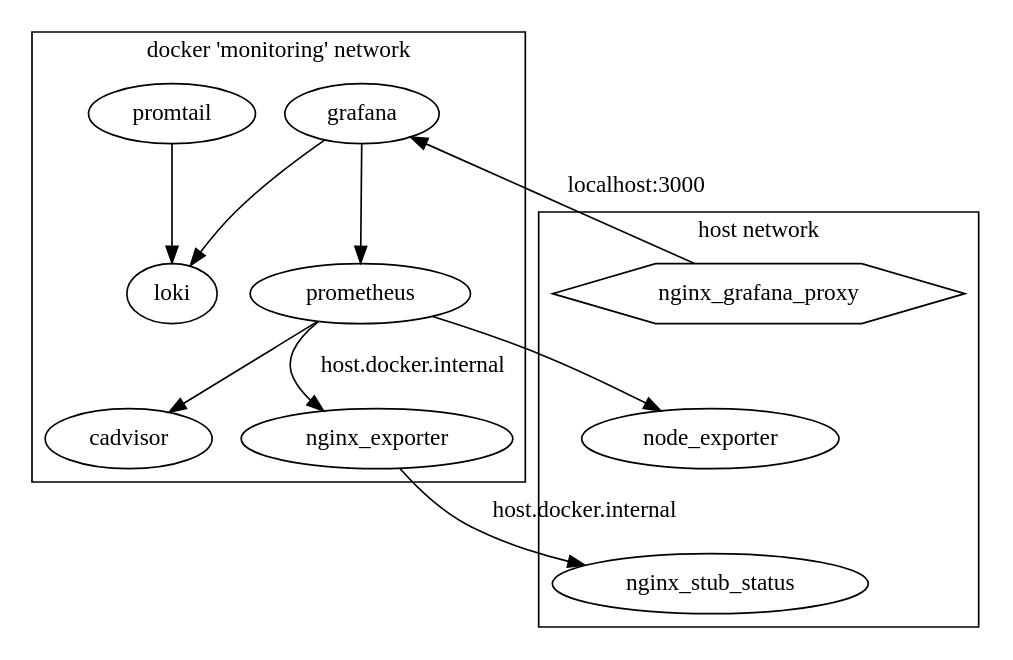
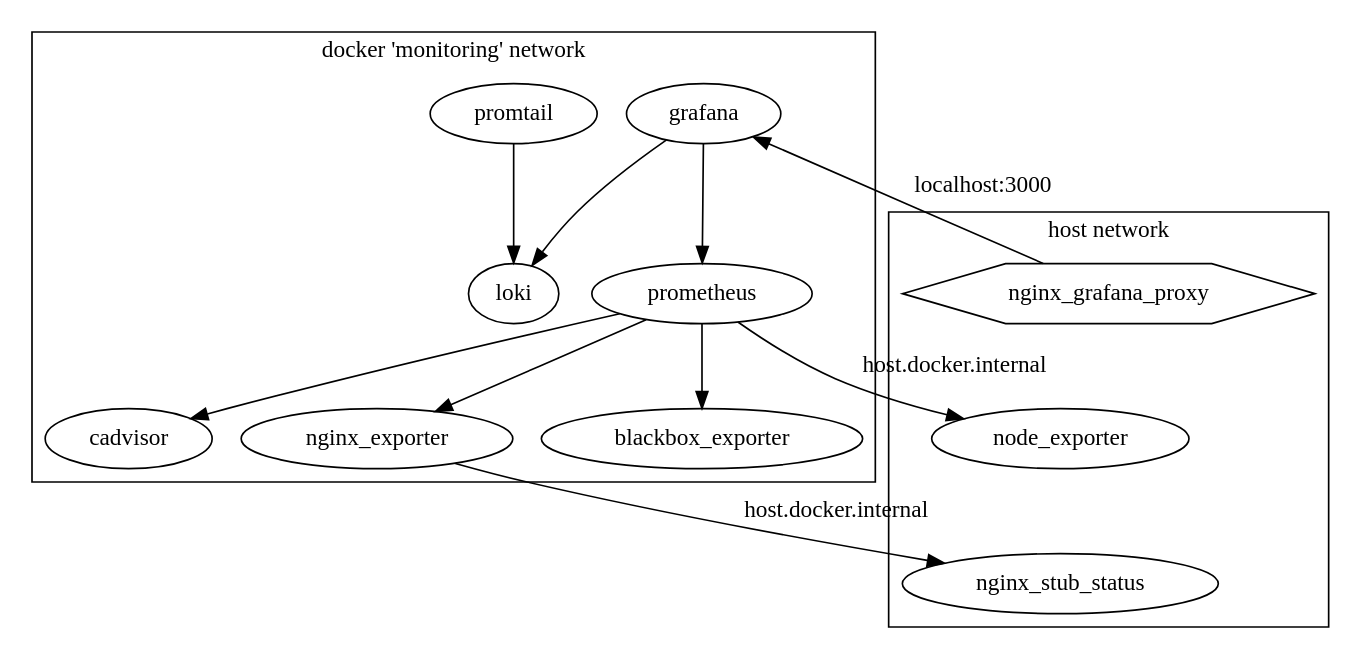
Before and after one commit to Pandora-Team/pandora: the diagram in server/img/monitoring.dot, drawn with Graphviz. The commit also changed 6 other files, not shown here.

```diff
--- a/server/img/monitoring.dot
+++ b/server/img/monitoring.dot
@@ -1,33 +1,35 @@
 digraph pandora_monitoring {
     
     subgraph cluster_host_network {
         label="host network"
         nginx_grafana_proxy [shape=hexagon]
         nginx_grafana_proxy -> node_exporter [style=invis]
         node_exporter -> nginx_stub_status [style=invis]
     }
     
     subgraph cluster_docker_network {
         label="docker 'monitoring' network"
         grafana
         prometheus
         cadvisor
         nginx_exporter
         loki
         promtail
+        blackbox_exporter
     }
     
     nginx_grafana_proxy -> grafana [label="localhost:3000"]
     
     grafana -> loki
     grafana -> prometheus
     
     promtail -> loki
     
-    prometheus -> node_exporter
+    prometheus -> node_exporter  [label="host.docker.internal"]
     prometheus -> cadvisor
-    prometheus -> nginx_exporter [label="host.docker.internal"]
-    
+    prometheus -> nginx_exporter
+    prometheus -> blackbox_exporter
+
     nginx_exporter -> nginx_stub_status [label="host.docker.internal"]
     
 }
```
